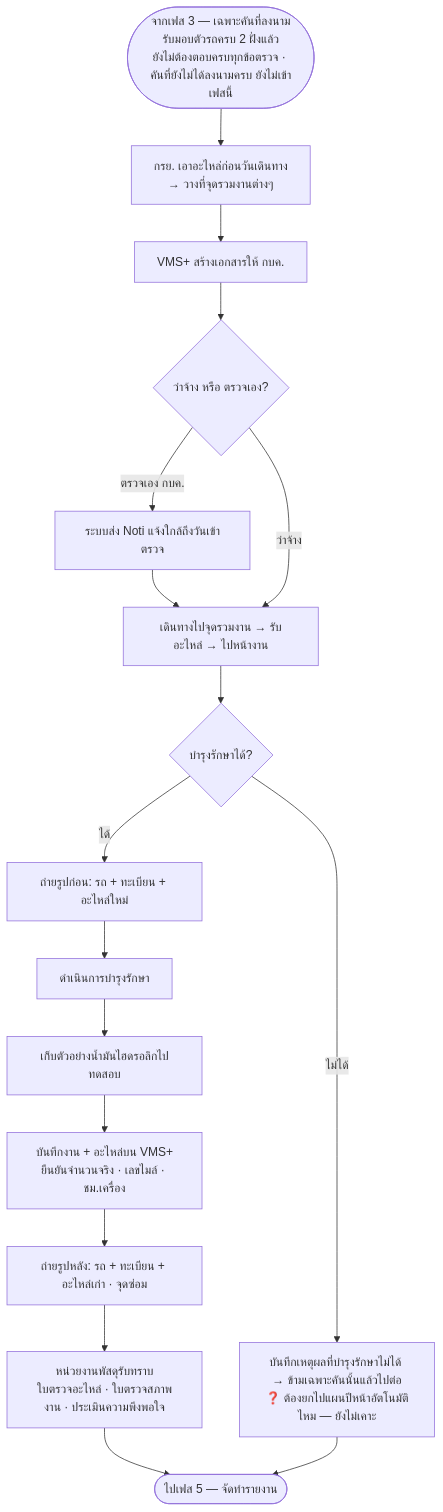
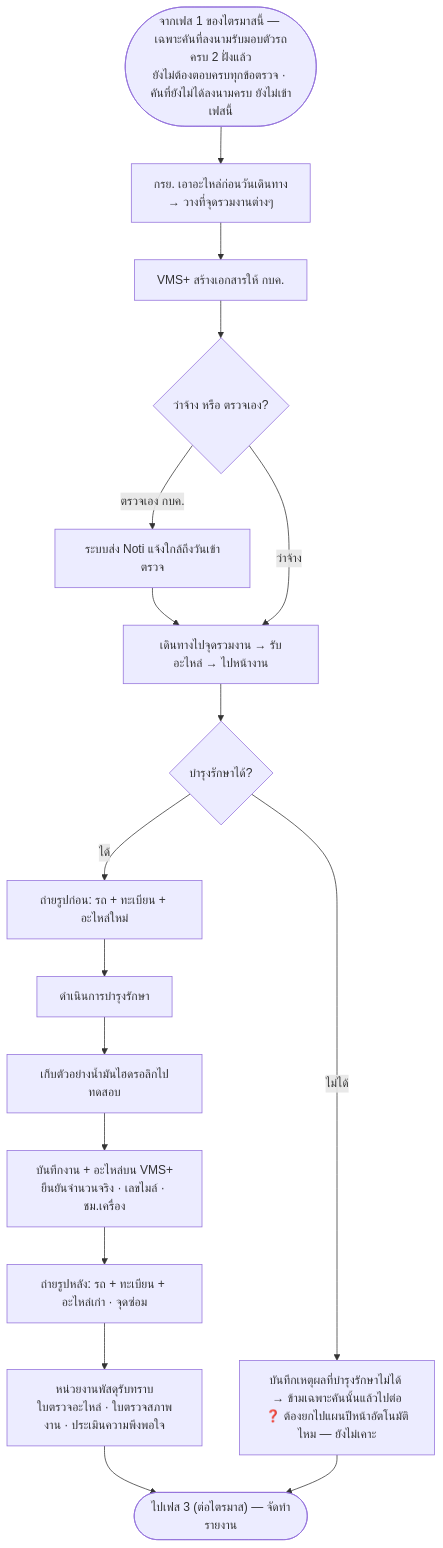
Before and after one commit to anugmail/Maintenance-Request-Form: the diagram in Diagram/01-บำรุงรักษาตามวาระ/03-เฟส2-ดำเนินการบำรุงรักษา.md, drawn with Mermaid. The commit also changed other lines of this file and 12 other files, not shown here.

````diff
--- a/Diagram/01-บำรุงรักษาตามวาระ/03-เฟส2-ดำเนินการบำรุงรักษา.md
+++ b/Diagram/01-บำรุงรักษาตามวาระ/03-เฟส2-ดำเนินการบำรุงรักษา.md
@@ -42,19 +46,19 @@
 ```mermaid
 flowchart TB
-    S([จากเฟส 3 — เฉพาะคันที่ลงนามรับมอบตัวรถครบ 2 ฝั่งแล้ว<br/>ยังไม่ต้องตอบครบทุกข้อตรวจ · คันที่ยังไม่ได้ลงนามครบ ยังไม่เข้าเฟสนี้]) --> P[กรย. เอาอะไหล่ก่อนวันเดินทาง<br/>→ วางที่จุดรวมงานต่างๆ]
+    S(["จากเฟส 1 ของไตรมาสนี้ — เฉพาะคันที่ลงนามรับมอบตัวรถครบ 2 ฝั่งแล้ว<br/>ยังไม่ต้องตอบครบทุกข้อตรวจ · คันที่ยังไม่ได้ลงนามครบ ยังไม่เข้าเฟสนี้"]) --> P[กรย. เอาอะไหล่ก่อนวันเดินทาง<br/>→ วางที่จุดรวมงานต่างๆ]
     P --> Q[VMS+ สร้างเอกสารให้ กบค.]
     Q --> D{ว่าจ้าง หรือ ตรวจเอง?}
     D -->|ตรวจเอง กบค.| N0[ระบบส่ง Noti แจ้งใกล้ถึงวันเข้าตรวจ]
     N0 --> R[เดินทางไปจุดรวมงาน → รับอะไหล่ → ไปหน้างาน]
     D -->|ว่าจ้าง| R
     R --> DEC{บำรุงรักษาได้?}
     DEC -->|ไม่ได้| X["บันทึกเหตุผลที่บำรุงรักษาไม่ได้ → ข้ามเฉพาะคันนั้นแล้วไปต่อ<br/>❓ ต้องยกไปแผนปีหน้าอัตโนมัติไหม — ยังไม่เคาะ"]
     DEC -->|ได้| C1[ถ่ายรูปก่อน: รถ + ทะเบียน + อะไหล่ใหม่]
     C1 --> C2[ดำเนินการบำรุงรักษา]
     C2 --> C3[เก็บตัวอย่างน้ำมันไฮดรอลิกไปทดสอบ]
     C3 --> C4[บันทึกงาน + อะไหล่บน VMS+<br/>ยืนยันจำนวนจริง · เลขไมล์ · ชม.เครื่อง]
     C4 --> C5[ถ่ายรูปหลัง: รถ + ทะเบียน + อะไหล่เก่า · จุดซ่อม]
     C5 --> C6[หน่วยงานพัสดุรับทราบ<br/>ใบตรวจอะไหล่ · ใบตรวจสภาพงาน · ประเมินความพึงพอใจ]
-    C6 --> E([ไปเฟส 5 — จัดทำรายงาน])
+    C6 --> E(["ไปเฟส 3 (ต่อไตรมาส) — จัดทำรายงาน"])
     X --> E
 ```
````
